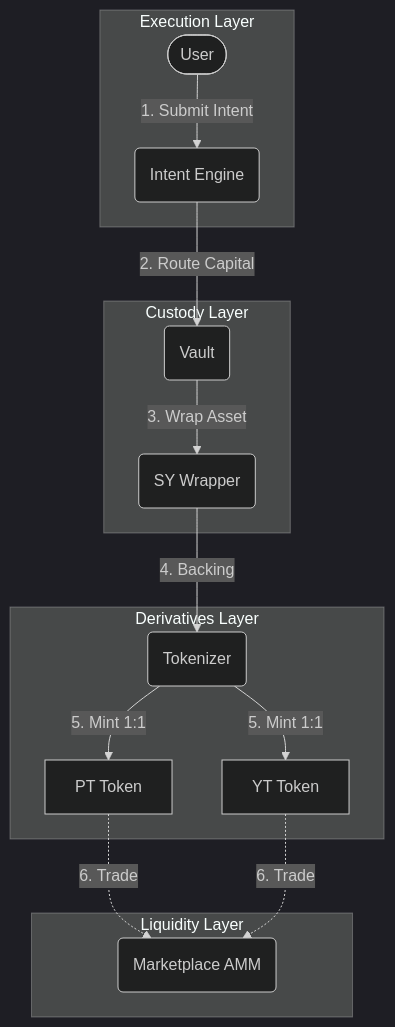
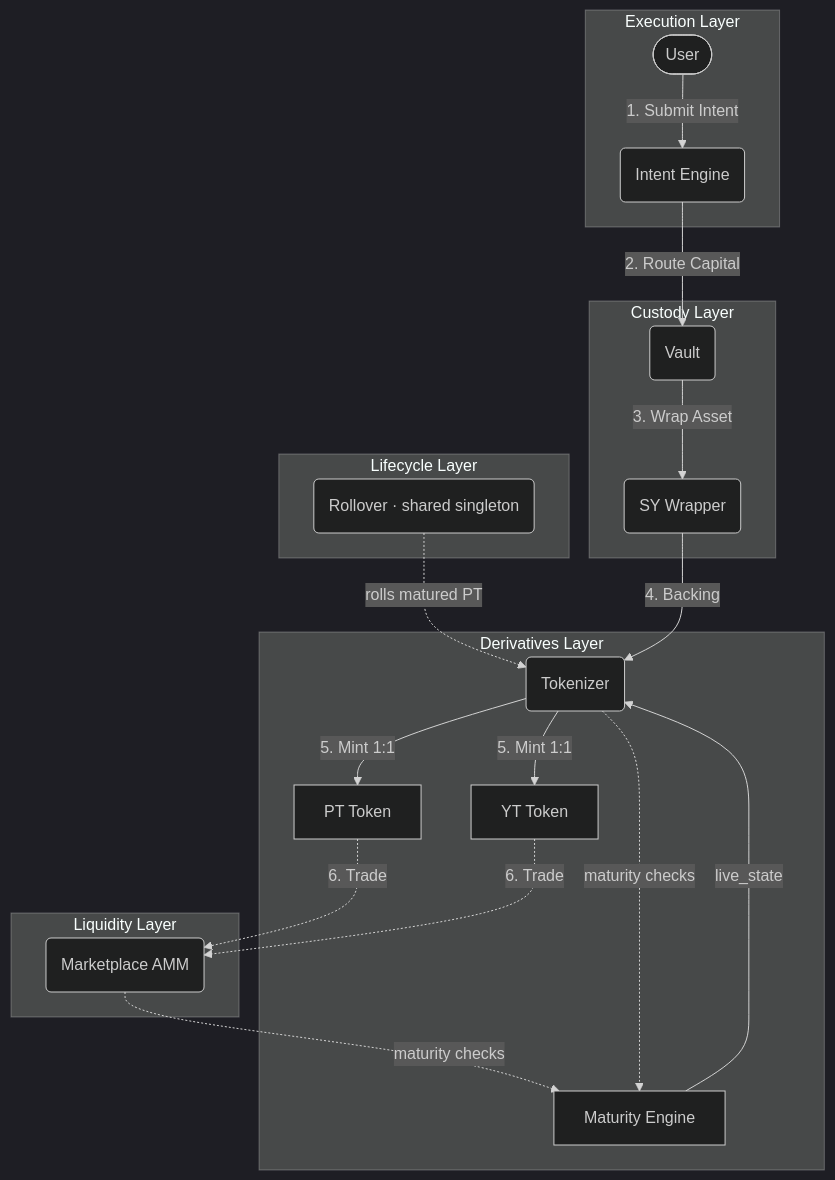
Before and after one commit to Novaire-tech/novaire-testnet: the first of 2 diagrams in docs/architecture/ARCHITECTURE.md, drawn with Mermaid (dark theme). The commit also changed other lines of this file and 4 other files, not shown here.

````diff
--- a/docs/architecture/ARCHITECTURE.md
+++ b/docs/architecture/ARCHITECTURE.md
@@ -21,31 +22,40 @@
 ```mermaid
 graph TD
     subgraph Execution Layer
         U([User])
         IE(Intent Engine)
     end
     
     subgraph Custody Layer
         V(Vault)
         SY(SY Wrapper)
     end
     
     subgraph Derivatives Layer
         T(Tokenizer)
         PT[PT Token]
         YT[YT Token]
+        ME[Maturity Engine]
     end
-    
+
     subgraph Liquidity Layer
         M(Marketplace AMM)
+    end
+
+    subgraph Lifecycle Layer
+        R(Rollover · shared singleton)
     end
 
     U -->|1. Submit Intent| IE
     IE -->|2. Route Capital| V
     V -->|3. Wrap Asset| SY
     SY -->|4. Backing| T
     T -->|5. Mint 1:1| PT
     T -->|5. Mint 1:1| YT
+    ME -->|live_state| T
+    T -.->|maturity checks| ME
+    M -.->|maturity checks| ME
     PT -.->|6. Trade| M
     YT -.->|6. Trade| M
+    R -.->|rolls matured PT| T
 ```
````
